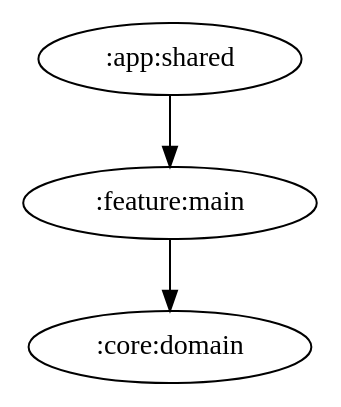
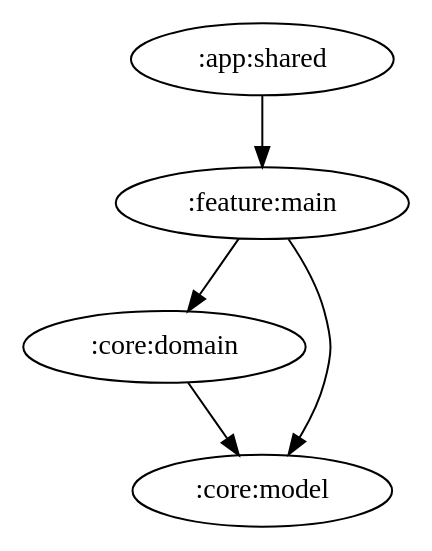
The diagram in docs/graphs/feature-main.gv (ai-kurou/KoDriver), drawn with Graphviz before and after one commit. The commit also changed 63 other files, not shown here.

Commit message:
chore: update module graph images

```diff
--- a/docs/graphs/feature-main.gv
+++ b/docs/graphs/feature-main.gv
@@ -1,5 +1,7 @@
 digraph G {
   rankdir=TB
   ":app:shared" -> ":feature:main"
+  ":core:domain" -> ":core:model"
   ":feature:main" -> ":core:domain"
+  ":feature:main" -> ":core:model"
 }
```
